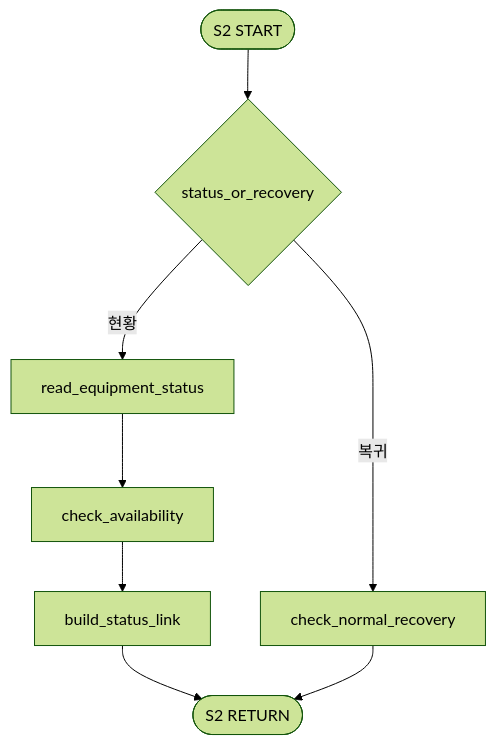
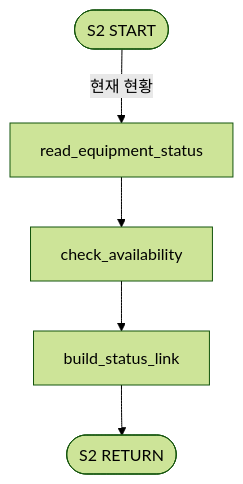
One commit to U-Je0n9/skadi-flow-lab changed the fourth of 7 diagrams in design-v2.1.md. Above: the diagram before and after it, drawn with Mermaid (forest theme). The commit also changed other lines of this file and 13 other files, not shown here.

````diff
--- a/design-v2.1.md
+++ b/design-v2.1.md
@@ -951,17 +907,12 @@
 ```mermaid
 flowchart TD
     node_s2in(["S2 START"])
-    node_s2op{"status_or_recovery"}
     node_s2status["read_equipment_status"]
-    node_s2recover["check_normal_recovery"]
     node_s2quality["check_availability"]
     node_s2link["build_status_link"]
     node_s2out(["S2 RETURN"])
-    node_s2in --> node_s2op
-    node_s2op -->|"현황"| node_s2status
-    node_s2op -->|"복귀"| node_s2recover
+    node_s2in -->|"현재 현황"| node_s2status
     node_s2status --> node_s2quality
     node_s2quality --> node_s2link
     node_s2link --> node_s2out
-    node_s2recover --> node_s2out
 ```
````
